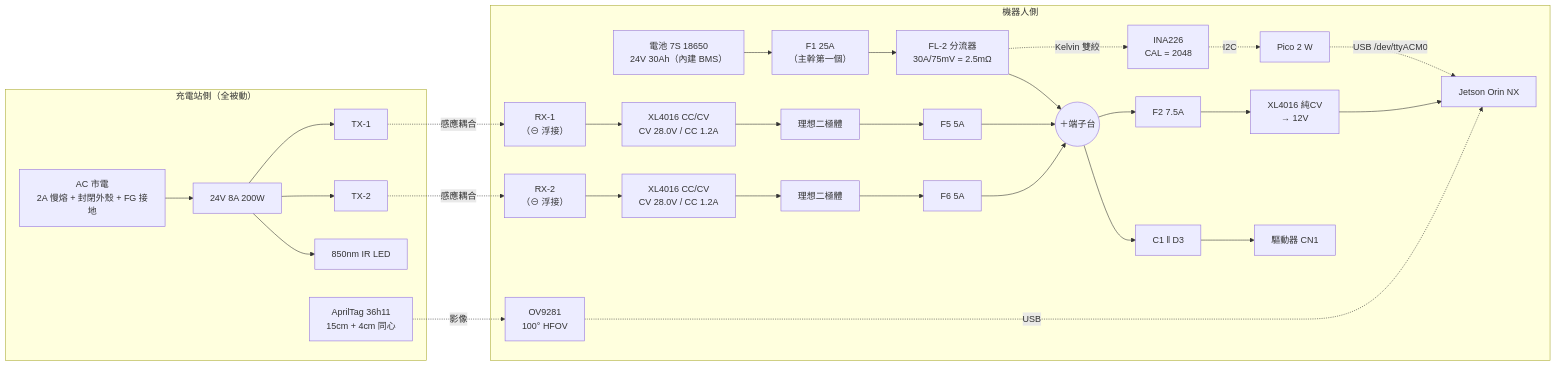
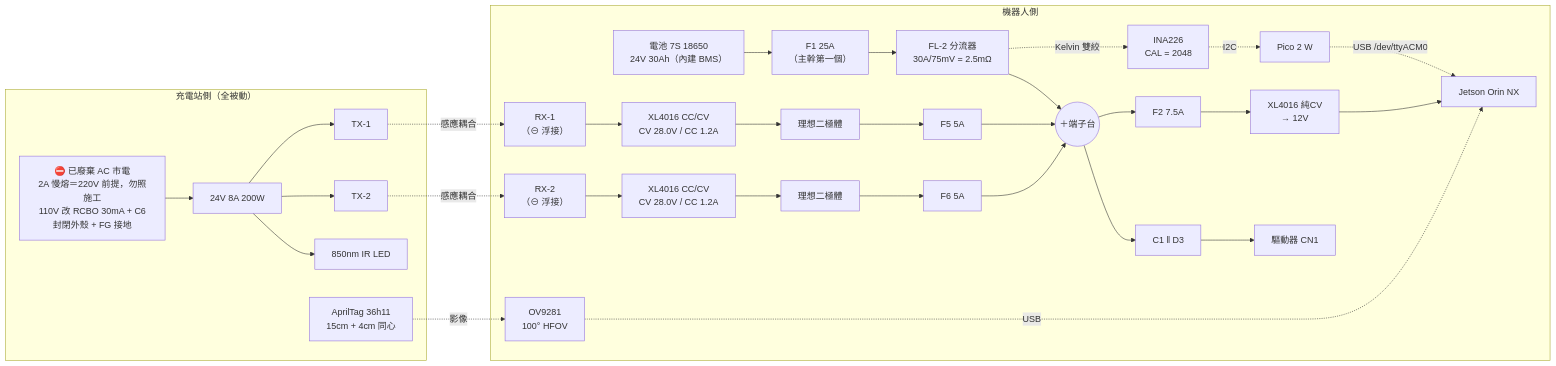
The second of 2 diagrams in docs/power_design.md (liang0929/delivery_robot), drawn with Mermaid before and after one commit. The commit also changed other lines of this file, not shown here.

````diff
--- a/docs/power_design.md
+++ b/docs/power_design.md
@@ -1103,50 +1157,50 @@
 ```mermaid
 flowchart LR
     subgraph ROBOT["機器人側"]
         BAT["電池 7S 18650<br/>24V 30Ah（內建 BMS）"]
         F1N["F1 25A<br/>（主幹第一個）"]
         SHUNT["FL-2 分流器<br/>30A/75mV = 2.5mΩ"]
         INA["INA226<br/>CAL = 2048"]
         PICO["Pico 2 W"]
         JETN["Jetson Orin NX"]
         TBP(("＋端子台"))
         F2N["F2 7.5A"]
         DC12N["XL4016 純CV<br/>→ 12V"]
         SNUBN["C1 ‖ D3"]
         DRVN["驅動器 CN1"]
         F5A["F5 5A"]
         F5B["F6 5A"]
         IDA["理想二極體"]
         IDB["理想二極體"]
         BKA["XL4016 CC/CV<br/>CV 28.0V / CC 1.2A"]
         BKB["XL4016 CC/CV<br/>CV 28.0V / CC 1.2A"]
         RXA["RX-1<br/>（⊖ 浮接）"]
         RXB["RX-2<br/>（⊖ 浮接）"]
         CAM["OV9281<br/>100° HFOV"]
     end
 
     subgraph STATION["充電站側（全被動）"]
-        AC["AC 市電<br/>2A 慢熔 + 封閉外殼 + FG 接地"]
+        AC["⛔ 已廢棄 AC 市電<br/>2A 慢熔＝220V 前提，勿照施工<br/>110V 改 RCBO 30mA + C6<br/>封閉外殼 + FG 接地"]
         PSU["24V 8A 200W"]
         TXA["TX-1"]
         TXB["TX-2"]
         IRL["850nm IR LED"]
         TAG["AprilTag 36h11<br/>15cm + 4cm 同心"]
     end
 
     BAT --> F1N --> SHUNT --> TBP
     SHUNT -.->|"Kelvin 雙絞"| INA
     INA -.->|"I2C"| PICO
     PICO -.->|"USB /dev/ttyACM0"| JETN
     TBP --> SNUBN --> DRVN
     TBP --> F2N --> DC12N --> JETN
     RXA --> BKA --> IDA --> F5A --> TBP
     RXB --> BKB --> IDB --> F5B --> TBP
     TXA -.->|"感應耦合"| RXA
     TXB -.->|"感應耦合"| RXB
     AC --> PSU --> TXA
     PSU --> TXB
     PSU --> IRL
     TAG -.->|"影像"| CAM
     CAM -.->|"USB"| JETN
 ```
````
